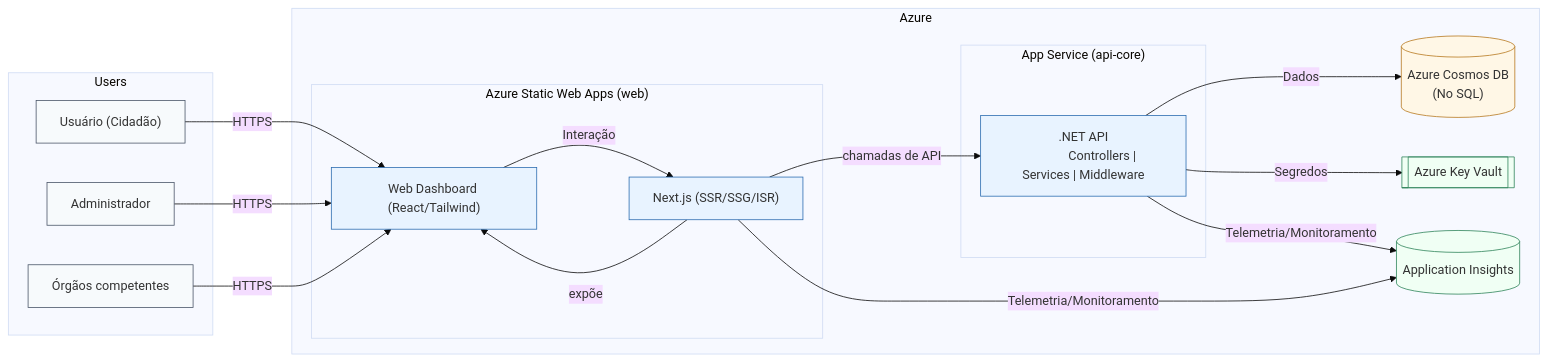
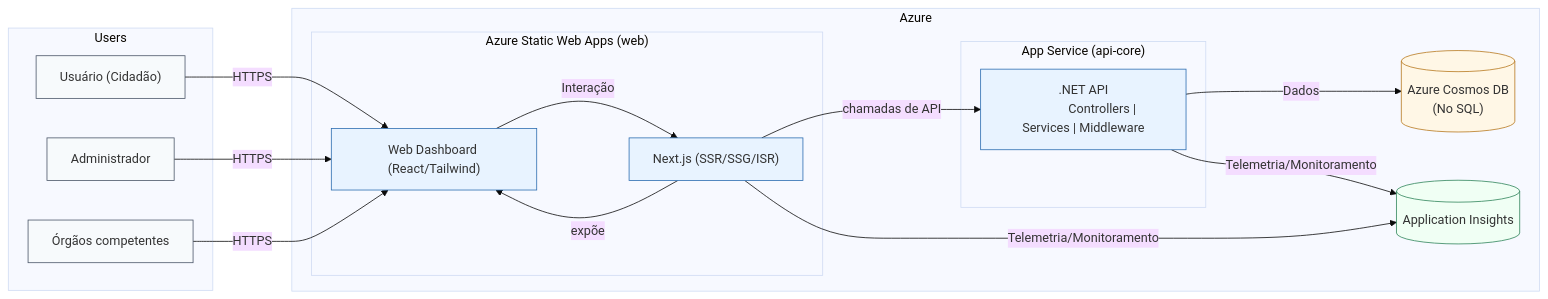
One commit to jj-viana/safe-zone changed the diagram in README.md. Above: the diagram before and after it, drawn with Mermaid (base theme). The commit also changed other lines of this file and 4 other files, not shown here.

Commit message:
fix(docs): removida todas as referências ao Key Vault (não será usado para esse projeto.

````diff
--- a/README.md
+++ b/README.md
@@ -29,52 +29,50 @@
 ```mermaid
 flowchart LR
 	%% Atores
 	subgraph Users
 		U["Usuário (Cidadão)"]
 		Admin["Administrador"]
 		Agencies["Órgãos competentes"]
 	end
 
 	%% Azure e Camadas
 	subgraph Azure
 		subgraph SWA["Azure Static Web Apps (web)"]
 			Next["Next.js (SSR/SSG/ISR)"]
 			Dashboard["Web Dashboard (React/Tailwind)"]
 		end
 
 		subgraph ApiApp["App Service (api-core)"]
 			API[".NET API
              Controllers | Services | Middleware"]
 		end
 
 		Cosmos[("Azure Cosmos DB
-        (No SQL)")]
-		KeyVault[["Azure Key Vault"]]
+		(No SQL)")]
 		AppInsights[("Application Insights")]
 	end
 
 	%% Fluxos principais
 	U -->|HTTPS| Dashboard
 	Admin -->|HTTPS| Dashboard
 	Agencies -->|HTTPS| Dashboard
 	Next -->|expõe| Dashboard
 	Dashboard -->|Interação| Next
 	Next -->|chamadas de API| API
 
 	%% Regras de negócio e dados
 	API -->|Dados| Cosmos
-	API -->|Segredos| KeyVault
 	API -->|Telemetria/Monitoramento| AppInsights
 	Next -->|Telemetria/Monitoramento| AppInsights
 
 	%% Estilos
 	classDef svc fill:#e8f3ff,stroke:#2b6cb0,stroke-width:1px;
 	classDef data fill:#fff7e6,stroke:#b7791f,stroke-width:1px;
 	classDef sec fill:#f0fff4,stroke:#2f855a,stroke-width:1px;
 	classDef user fill:#f7fafc,stroke:#4a5568,stroke-width:1px;
 
 	class Next,API,Dashboard svc;
 	class Cosmos data;
-	class KeyVault,AppInsights sec;
+	class AppInsights sec;
 	class U,Admin,Agencies user;
 ```
````
